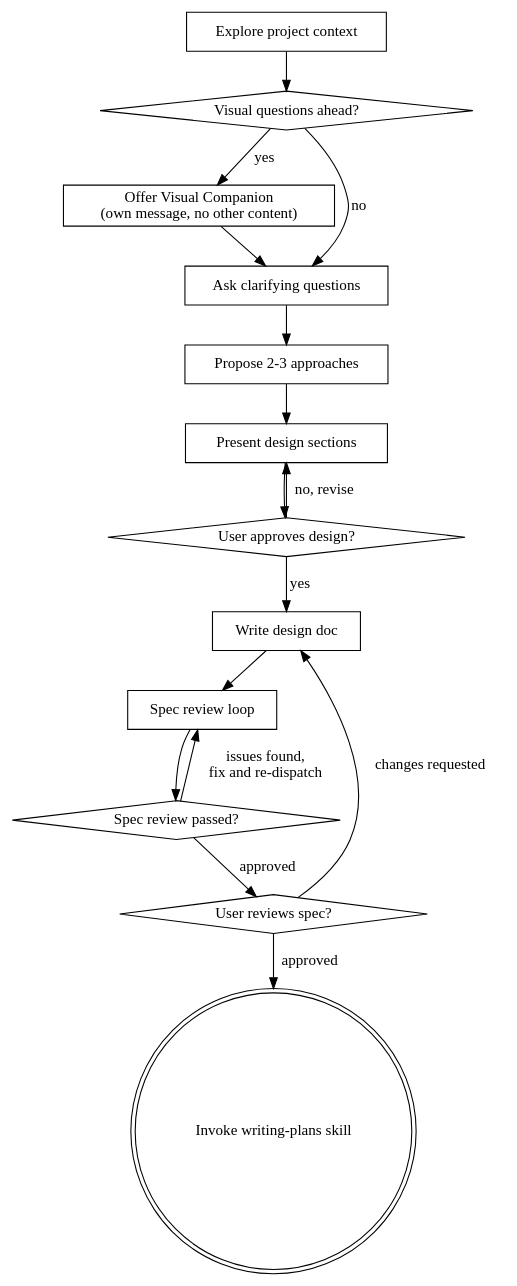
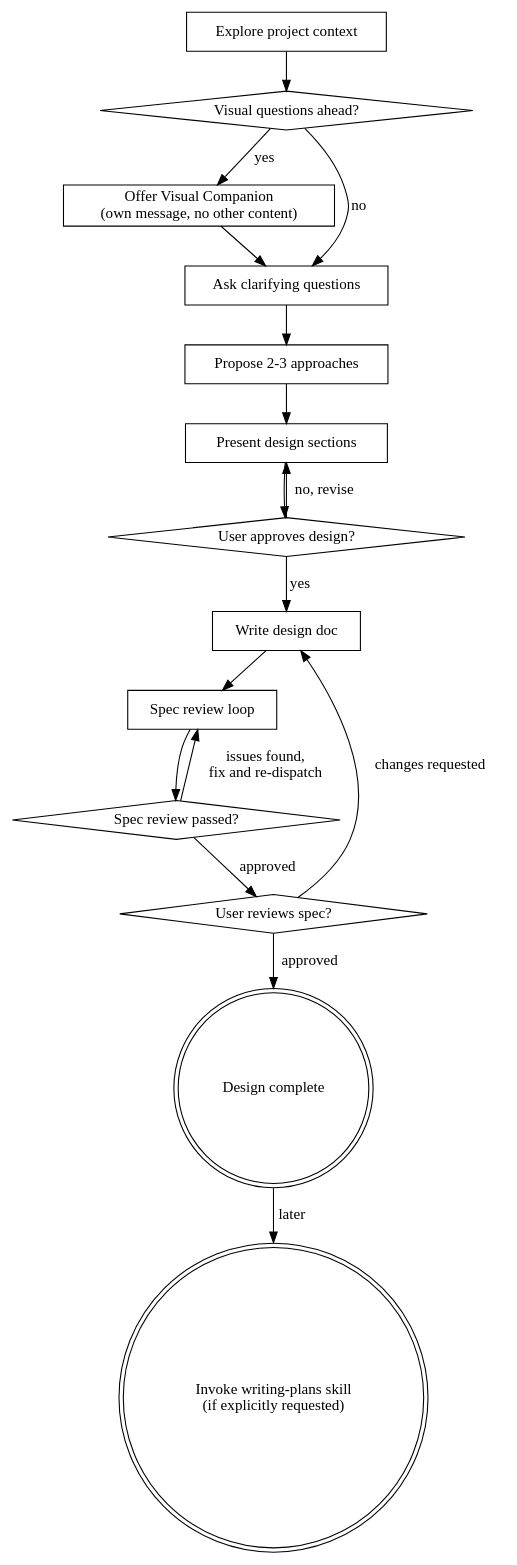
The diagram in SKILL.md (hcl-z/idea-to-design-skill), drawn with Graphviz before and after one commit. The commit also changed other lines of this file, not shown here.

First line of the commit message:
refactor: tighten SKILL.md to keep design phase UI-only

````diff
--- a/SKILL.md
+++ b/SKILL.md
@@ -53,32 +52,34 @@
 ```dot
 digraph idea_to_design {
     "Explore project context" [shape=box];
     "Visual questions ahead?" [shape=diamond];
     "Offer Visual Companion\n(own message, no other content)" [shape=box];
     "Ask clarifying questions" [shape=box];
     "Propose 2-3 approaches" [shape=box];
     "Present design sections" [shape=box];
     "User approves design?" [shape=diamond];
     "Write design doc" [shape=box];
     "Spec review loop" [shape=box];
     "Spec review passed?" [shape=diamond];
     "User reviews spec?" [shape=diamond];
-    "Invoke writing-plans skill" [shape=doublecircle];
+    "Design complete" [shape=doublecircle];
+    "Invoke writing-plans skill\n(if explicitly requested)" [shape=doublecircle];
 
     "Explore project context" -> "Visual questions ahead?";
     "Visual questions ahead?" -> "Offer Visual Companion\n(own message, no other content)" [label="yes"];
     "Visual questions ahead?" -> "Ask clarifying questions" [label="no"];
     "Offer Visual Companion\n(own message, no other content)" -> "Ask clarifying questions";
     "Ask clarifying questions" -> "Propose 2-3 approaches";
     "Propose 2-3 approaches" -> "Present design sections";
     "Present design sections" -> "User approves design?";
     "User approves design?" -> "Present design sections" [label="no, revise"];
     "User approves design?" -> "Write design doc" [label="yes"];
     "Write design doc" -> "Spec review loop";
     "Spec review loop" -> "Spec review passed?";
     "Spec review passed?" -> "Spec review loop" [label="issues found,\nfix and re-dispatch"];
     "Spec review passed?" -> "User reviews spec?" [label="approved"];
     "User reviews spec?" -> "Write design doc" [label="changes requested"];
-    "User reviews spec?" -> "Invoke writing-plans skill" [label="approved"];
+    "User reviews spec?" -> "Design complete" [label="approved"];
+    "Design complete" -> "Invoke writing-plans skill\n(if explicitly requested)" [label="later"];
 }
 ```
````
